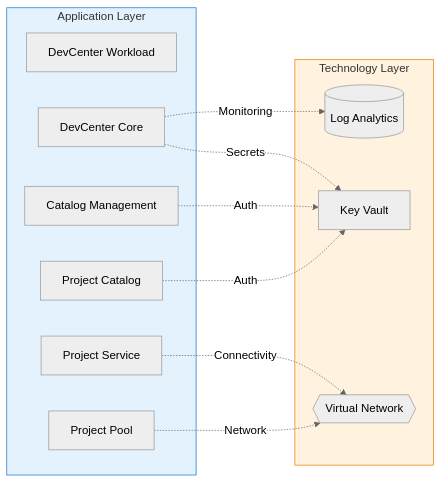
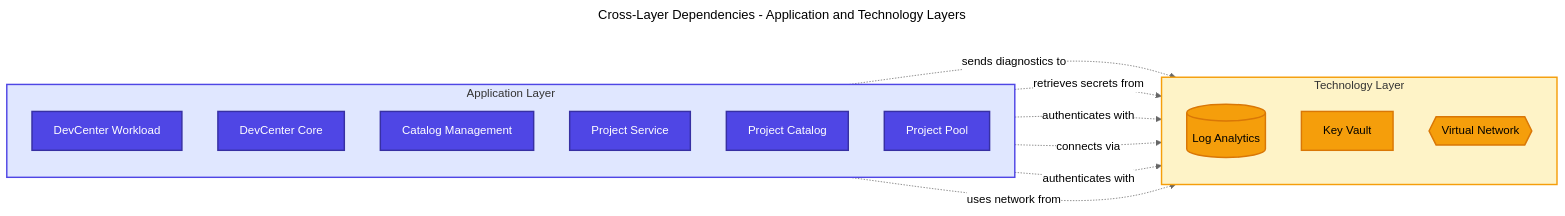
One commit to Evilazaro/DevExp-DevBox changed the fourth of 6 diagrams in docs/architecture/Application_architecture_document.md. Above: the diagram before and after it, drawn with Mermaid (neutral theme). The commit also changed other lines of this file, not shown here.

Commit message:
Enhance Application Architecture documentation with detailed diagrams for platform landscape, current state, component interaction flow, and data flows

````diff
--- a/docs/architecture/Application_architecture_document.md
+++ b/docs/architecture/Application_architecture_document.md
@@ -1310,27 +1393,44 @@
 ```mermaid
+---
+title: Cross-Layer Dependencies - Application and Technology Layers
+---
 flowchart LR
-    subgraph Application[Application Layer]
-        APP1[DevCenter Workload]
-        APP2[DevCenter Core]
-        APP3[Catalog Management]
-        APP5[Project Service]
-        APP6[Project Catalog]
-        APP8[Project Pool]
+    %% ===== APPLICATION LAYER =====
+    subgraph applicationLayer["Application Layer"]
+        direction TB
+        appWorkload["DevCenter Workload"]
+        appCore["DevCenter Core"]
+        appCatalog["Catalog Management"]
+        appProject["Project Service"]
+        appProjCatalog["Project Catalog"]
+        appProjPool["Project Pool"]
     end
 
-    subgraph Technology[Technology Layer]
-        TECH1[(Log Analytics)]
-        TECH2[Key Vault]
-        TECH3{{Virtual Network}}
+    %% ===== TECHNOLOGY LAYER =====
+    subgraph technologyLayer["Technology Layer"]
+        direction TB
+        techLogAnalytics[("Log Analytics")]
+        techKeyVault["Key Vault"]
+        techVNet{{"Virtual Network"}}
     end
 
-    APP2 -.->|Monitoring| TECH1
-    APP2 -.->|Secrets| TECH2
-    APP3 -.->|Auth| TECH2
-    APP5 -.->|Connectivity| TECH3
-    APP6 -.->|Auth| TECH2
-    APP8 -.->|Network| TECH3
+    %% ===== DEPENDENCIES =====
+    appCore -.->|sends diagnostics to| techLogAnalytics
+    appCore -.->|retrieves secrets from| techKeyVault
+    appCatalog -.->|authenticates with| techKeyVault
+    appProject -.->|connects via| techVNet
+    appProjCatalog -.->|authenticates with| techKeyVault
+    appProjPool -.->|uses network from| techVNet
 
-    style Application fill:#E3F2FD,stroke:#1976D2
-    style Technology fill:#FFF3E0,stroke:#F57C00
+    %% ===== STYLING: NODE CLASSES =====
+    classDef primary fill:#4F46E5,stroke:#3730A3,color:#FFFFFF,stroke-width:2px
+    classDef datastore fill:#F59E0B,stroke:#D97706,color:#000000,stroke-width:2px
+
+    %% ===== APPLY NODE CLASSES =====
+    class appWorkload,appCore,appCatalog,appProject,appProjCatalog,appProjPool primary
+    class techLogAnalytics,techKeyVault,techVNet datastore
+
+    %% ===== STYLING: SUBGRAPHS =====
+    style applicationLayer fill:#E0E7FF,stroke:#4F46E5,stroke-width:2px
+    style technologyLayer fill:#FEF3C7,stroke:#F59E0B,stroke-width:2px
 ```
````
